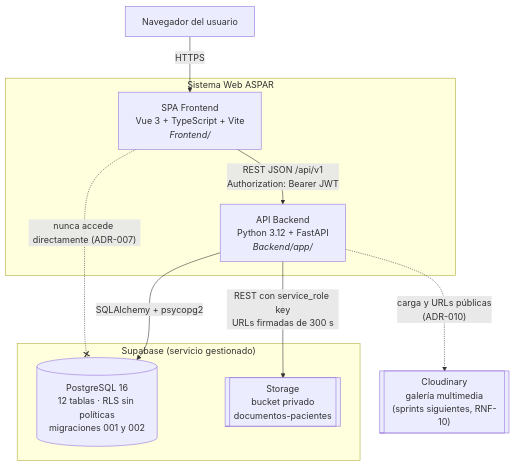
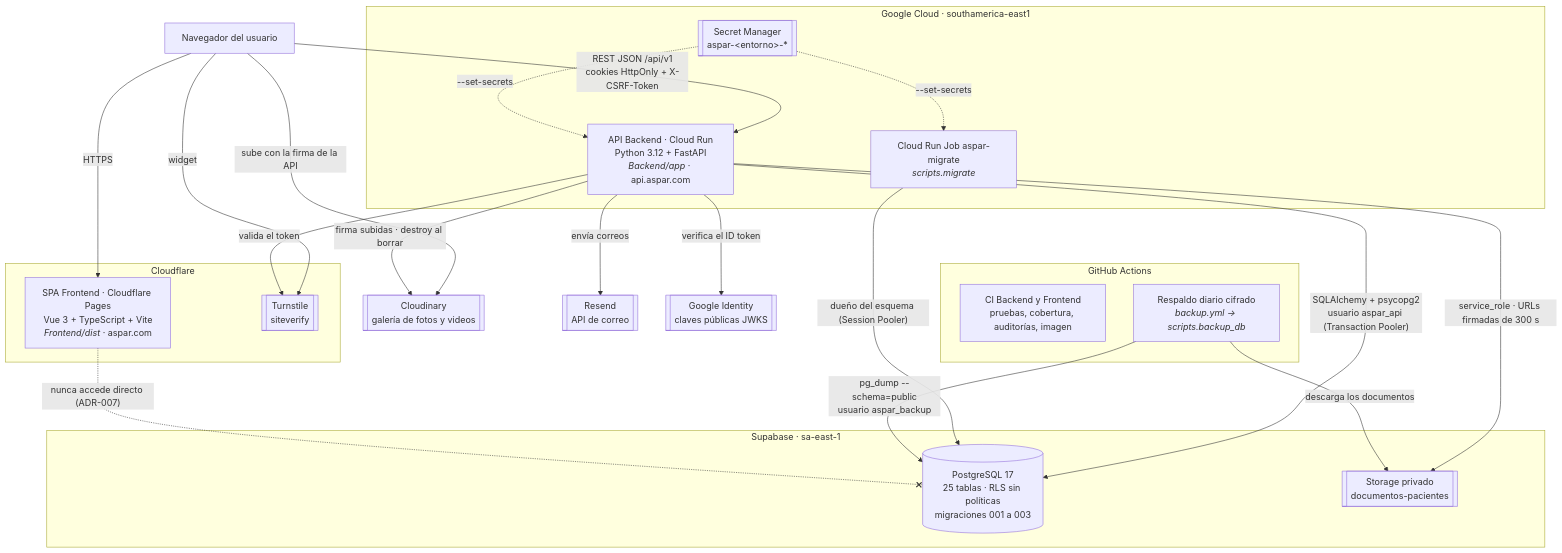
One commit to Joserppz/soluna-solutions changed the second of 6 diagrams in docs/arquitectura/C4_Y_MODELO_ER_ACTUALIZADO.md. Above: the diagram before and after it, drawn with Mermaid. The commit also changed other lines of this file and 9 other files, not shown here.

````diff
--- a/docs/arquitectura/C4_Y_MODELO_ER_ACTUALIZADO.md
+++ b/docs/arquitectura/C4_Y_MODELO_ER_ACTUALIZADO.md
@@ -36,23 +48,46 @@
 ```mermaid
 flowchart TB
-    usuario["Navegador del usuario"]
+    navegador["Navegador del usuario"]
 
-    subgraph aspar["Sistema Web ASPAR"]
-        spa["SPA Frontend<br/>Vue 3 + TypeScript + Vite<br/><i>Frontend/</i>"]
-        api["API Backend<br/>Python 3.12 + FastAPI<br/><i>Backend/app/</i>"]
+    subgraph cloudflare["Cloudflare"]
+        spa["SPA Frontend · Cloudflare Pages<br/>Vue 3 + TypeScript + Vite<br/><i>Frontend/dist</i> · aspar.com"]
+        turnstile[["Turnstile<br/>siteverify"]]
     end
 
-    subgraph supabase["Supabase (servicio gestionado)"]
-        db[("PostgreSQL 16<br/>12 tablas · RLS sin políticas<br/>migraciones 001 y 002")]
-        bucket[["Storage<br/>bucket privado<br/>documentos-pacientes"]]
+    subgraph gcp["Google Cloud · southamerica-east1"]
+        api["API Backend · Cloud Run<br/>Python 3.12 + FastAPI<br/><i>Backend/app</i> · api.aspar.com"]
+        job["Cloud Run Job aspar-migrate<br/><i>scripts.migrate</i>"]
+        secretos[["Secret Manager<br/>aspar-&lt;entorno&gt;-*"]]
     end
 
-    cloudinary[["Cloudinary<br/>galería multimedia<br/>(sprints siguientes, RNF-10)"]]
+    subgraph supabase["Supabase · sa-east-1"]
+        db[("PostgreSQL 17<br/>25 tablas · RLS sin políticas<br/>migraciones 001 a 003")]
+        bucket[["Storage privado<br/>documentos-pacientes"]]
+    end
 
-    usuario -- "HTTPS" --> spa
-    spa -- "REST JSON /api/v1<br/>Authorization: Bearer JWT" --> api
-    api -- "SQLAlchemy + psycopg2" --> db
-    api -- "REST con service_role key<br/>URLs firmadas de 300 s" --> bucket
-    spa -. "nunca accede directamente (ADR-007)" .-x db
-    api -. "carga y URLs públicas<br/>(ADR-010)" .-> cloudinary
+    subgraph github["GitHub Actions"]
+        ci["CI Backend y Frontend<br/>pruebas, cobertura, auditorías, imagen"]
+        respaldo["Respaldo diario cifrado<br/><i>backup.yml → scripts.backup_db</i>"]
+    end
+
+    cloudinary[["Cloudinary<br/>galería de fotos y videos"]]
+    resend[["Resend<br/>API de correo"]]
+    google[["Google Identity<br/>claves públicas JWKS"]]
+
+    navegador -- "HTTPS" --> spa
+    navegador -- "REST JSON /api/v1<br/>cookies HttpOnly + X-CSRF-Token" --> api
+    navegador -- "sube con la firma de la API" --> cloudinary
+    navegador -- "widget" --> turnstile
+    api -- "SQLAlchemy + psycopg2<br/>usuario aspar_api (Transaction Pooler)" --> db
+    job -- "dueño del esquema (Session Pooler)" --> db
+    api -- "service_role · URLs firmadas de 300 s" --> bucket
+    api -- "firma subidas · destroy al borrar" --> cloudinary
+    api -- "valida el token" --> turnstile
+    api -- "envía correos" --> resend
+    api -- "verifica el ID token" --> google
+    secretos -. "--set-secrets" .-> api
+    secretos -. "--set-secrets" .-> job
+    respaldo -- "pg_dump --schema=public<br/>usuario aspar_backup" --> db
+    respaldo -- "descarga los documentos" --> bucket
+    spa -. "nunca accede directo (ADR-007)" .-x db
 ```
````
